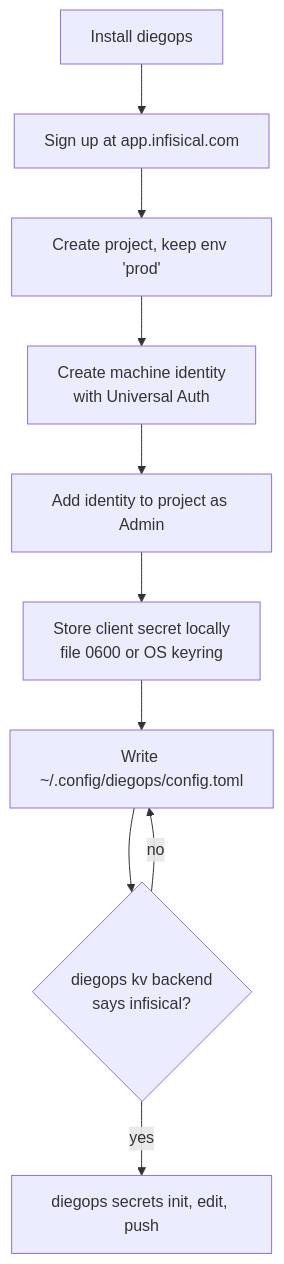
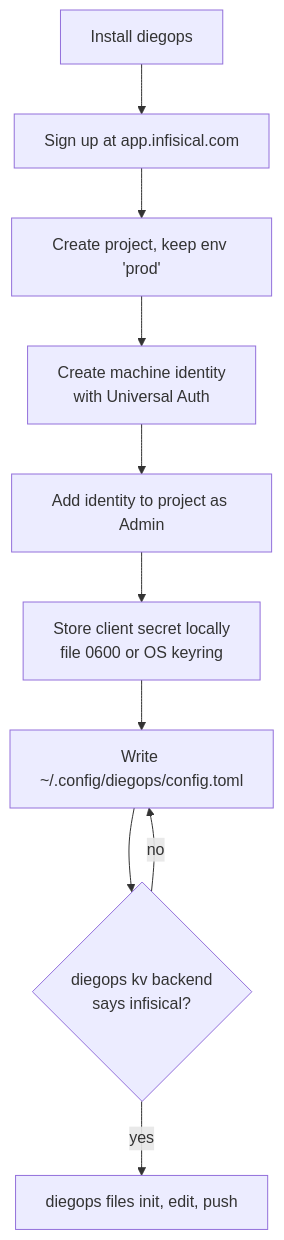
The third of 7 diagrams in README.md (CaDi-Team/diegops-tools), drawn with Mermaid before and after one commit. The commit also changed other lines of this file and 10 other files, not shown here.

````diff
--- a/README.md
+++ b/README.md
@@ -187,12 +189,12 @@
 ```mermaid
 flowchart TD
     A[Install diegops] --> B[Sign up at app.infisical.com]
     B --> C[Create project, keep env 'prod']
     C --> D[Create machine identity<br/>with Universal Auth]
     D --> E[Add identity to project as Admin]
     E --> F[Store client secret locally<br/>file 0600 or OS keyring]
     F --> G[Write ~/.config/diegops/config.toml]
     G --> H{diegops kv backend<br/>says infisical?}
-    H -- yes --> I[diegops secrets init, edit, push]
+    H -- yes --> I[diegops files init, edit, push]
     H -- no --> G
 ```
````
